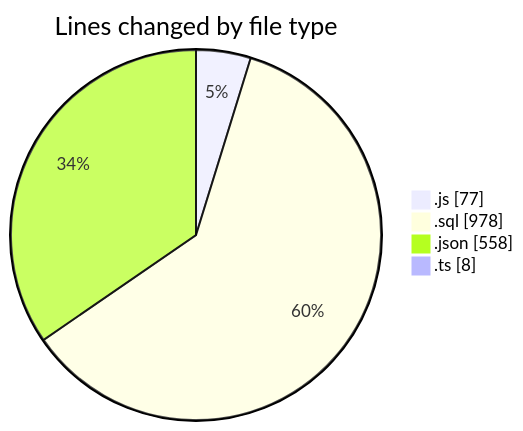
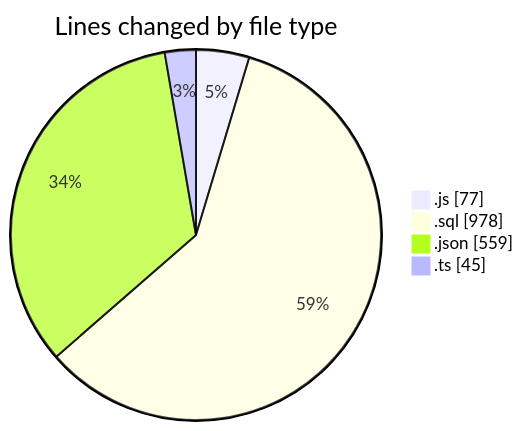
One commit to momahboobian/code-tracking changed the first of 2 diagrams in 2026-05-20/cda/README.md. Above: the diagram before and after it, drawn with Mermaid. The commit also changed other lines of this file and 1 other file, not shown here.

````diff
--- a/2026-05-20/cda/README.md
+++ b/2026-05-20/cda/README.md
@@ -27,8 +28,8 @@
 ```mermaid
 pie showData
 title Lines changed by file type
 ".js" : 77
 ".sql" : 978
-".json" : 558
-".ts" : 8
+".json" : 559
+".ts" : 45
 ```
````
